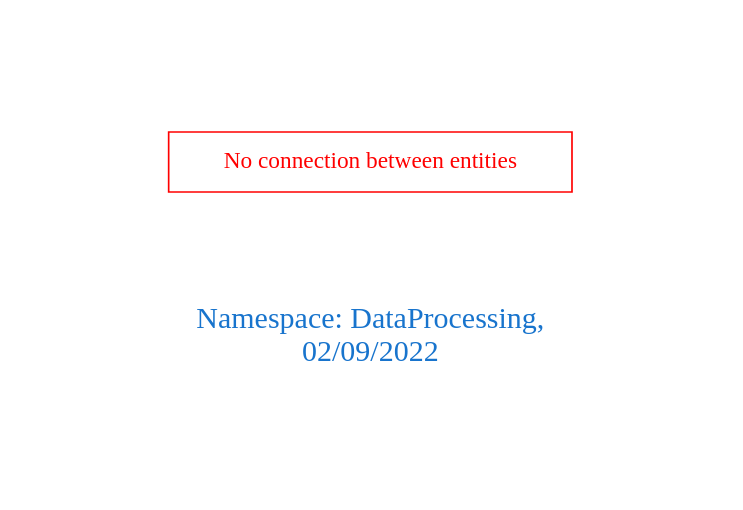
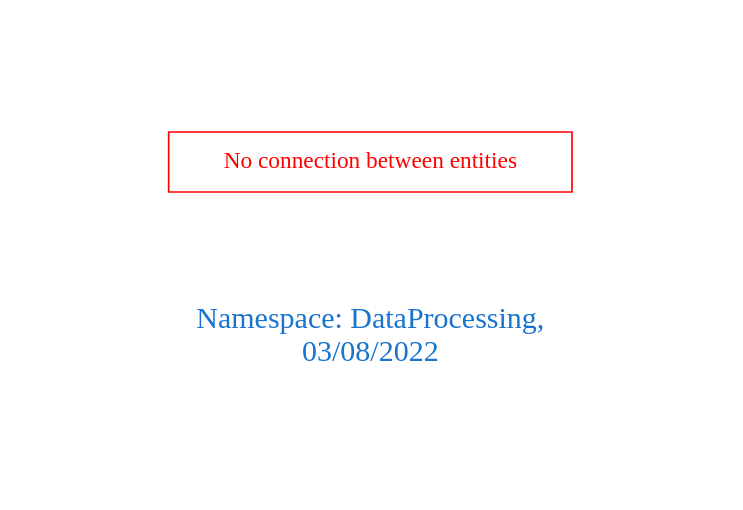
The diagram in downloads/DataProcessing.dot (arago/OGIT), drawn with Graphviz before and after one commit. The commit also changed 1906 other files, not shown here.

```diff
--- a/downloads/DataProcessing.dot
+++ b/downloads/DataProcessing.dot
@@ -1,9 +1,9 @@
 digraph OGIT_ontology {
  graph [ rankdir= LR,pad=1 
 fontsize = 18,
-fontcolor= dodgerblue3,label = "\n\n\nNamespace: DataProcessing, \n 02/09/2022"];
+fontcolor= dodgerblue3,label = "\n\n\nNamespace: DataProcessing, \n 03/08/2022"];
 node[shape=polygon];
 edge [  color="gray81"];
 
 "No connection between entities" [fontcolor = "red",color="red", shape="polygon"]
 }
```
